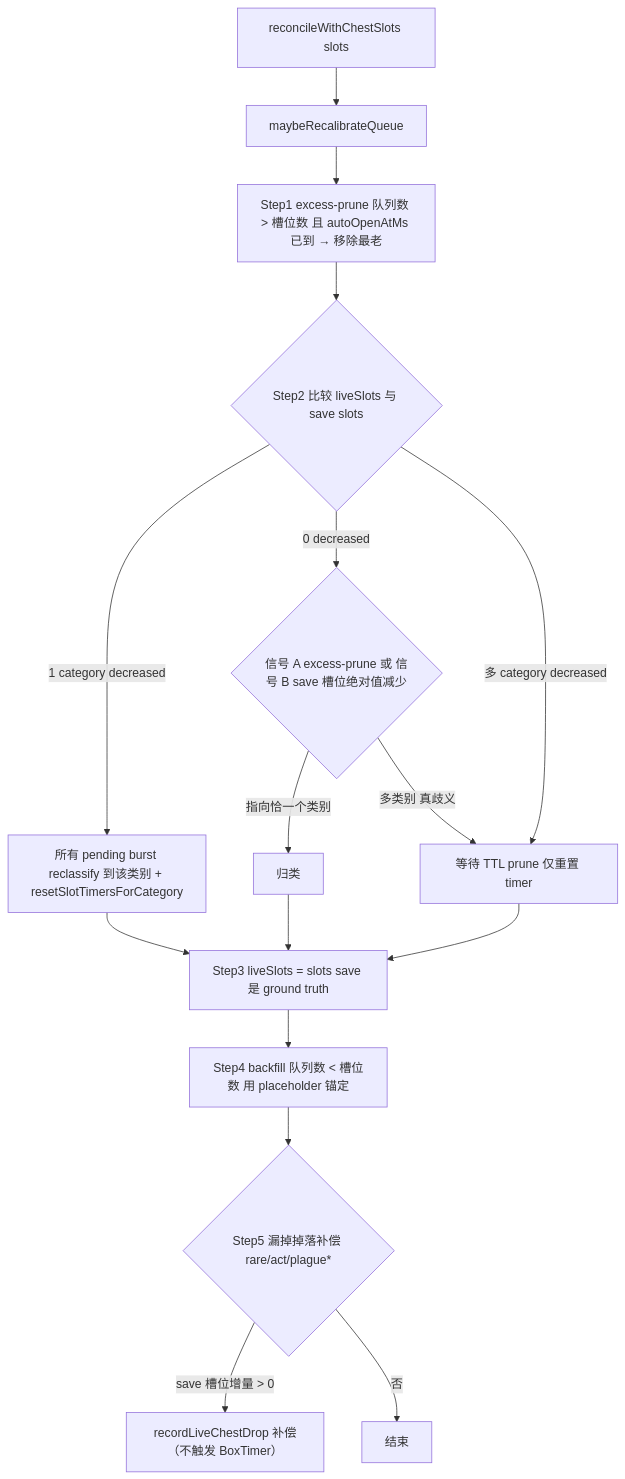
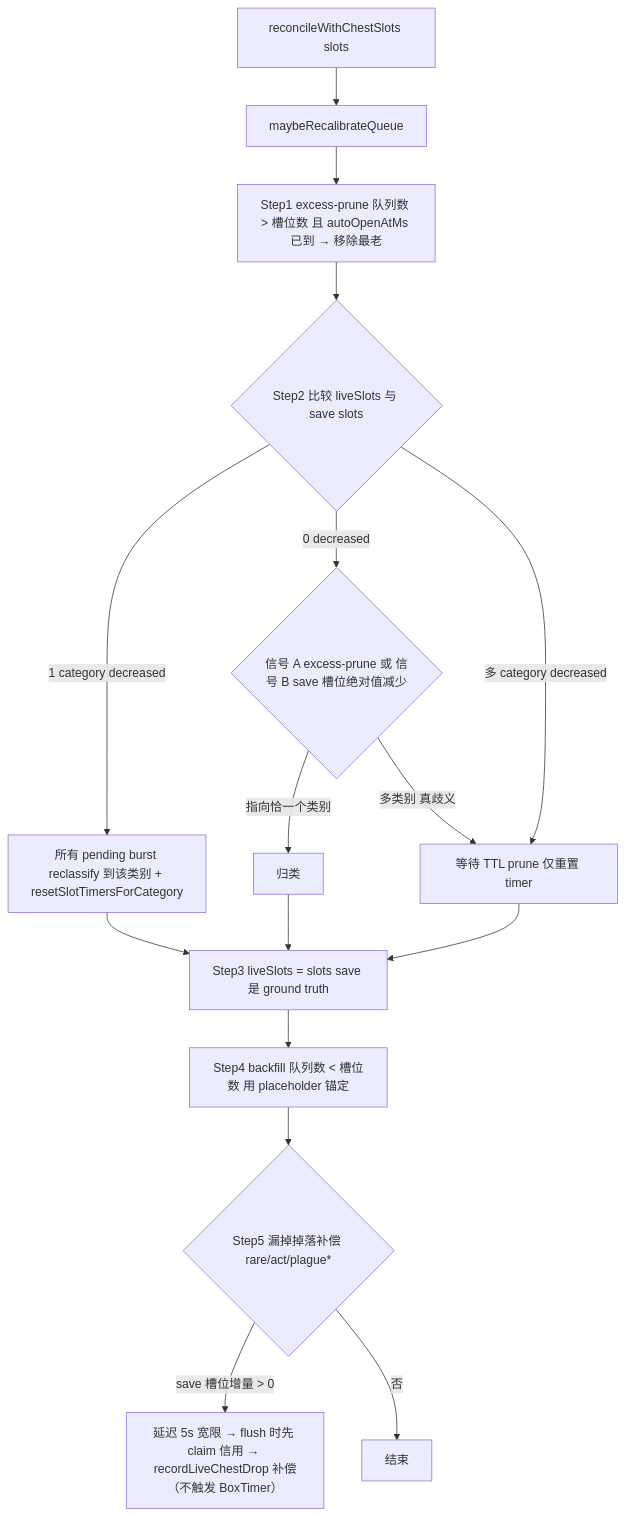
One commit to zioon/tbh-companion changed diagram 18 of 22 in docs/BUSINESS-FLOWS.md. Above: the diagram before and after it, drawn with Mermaid. The commit also changed other lines of this file and 5 other files, not shown here.

````diff
--- a/docs/BUSINESS-FLOWS.md
+++ b/docs/BUSINESS-FLOWS.md
@@ -2295,21 +2314,21 @@
 ```mermaid
 %% TBH flow diagram
 flowchart TD
   Reconcile[reconcileWithChestSlots slots] --> Recalib[maybeRecalibrateQueue]
   Recalib --> Step1[Step1 excess-prune 队列数 > 槽位数 且 autoOpenAtMs 已到 → 移除最老]
   Step1 --> Step2{Step2 比较 liveSlots 与 save slots}
   Step2 -- 1 category decreased --> AllBurst[所有 pending burst reclassify 到该类别 + resetSlotTimersForCategory]
   Step2 -- 0 decreased --> Signals{信号 A excess-prune 或 信号 B save 槽位绝对值减少}
   Signals -- 指向恰一个类别 --> Classify[归类]
   Signals -- 多类别 真歧义 --> Wait[等待 TTL prune 仅重置 timer]
   Step2 -- 多 category decreased --> Wait
   Classify --> Step3[Step3 liveSlots = slots save 是 ground truth]
   AllBurst --> Step3
   Wait --> Step3
   Step3 --> Step4[Step4 backfill 队列数 < 槽位数 用 placeholder 锚定]
   Step4 --> Step5{Step5 漏掉掉落补偿 rare/act/plague*}
-  Step5 -- save 槽位增量 > 0 --> Missed[recordLiveChestDrop 补偿（不触发 BoxTimer）]
+  Step5 -- save 槽位增量 > 0 --> Missed[延迟 5s 宽限 → flush 时先 claim 信用 → recordLiveChestDrop 补偿（不触发 BoxTimer）]
   Step5 -- 否 --> Done[结束]
   class Reconcile,Recalib,Step1,AllBurst,Classify,Wait,Step3,Step4,Missed data
   class Step2,Signals,Step5 dec
 ```
````
